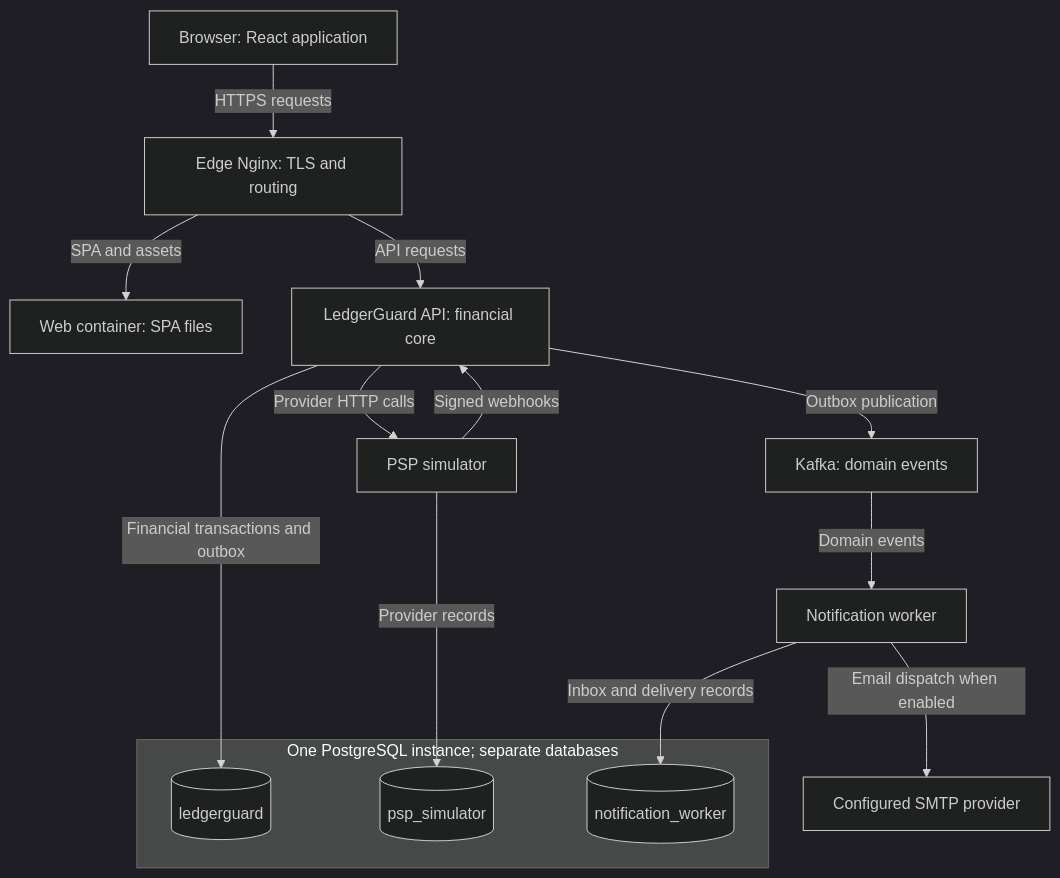
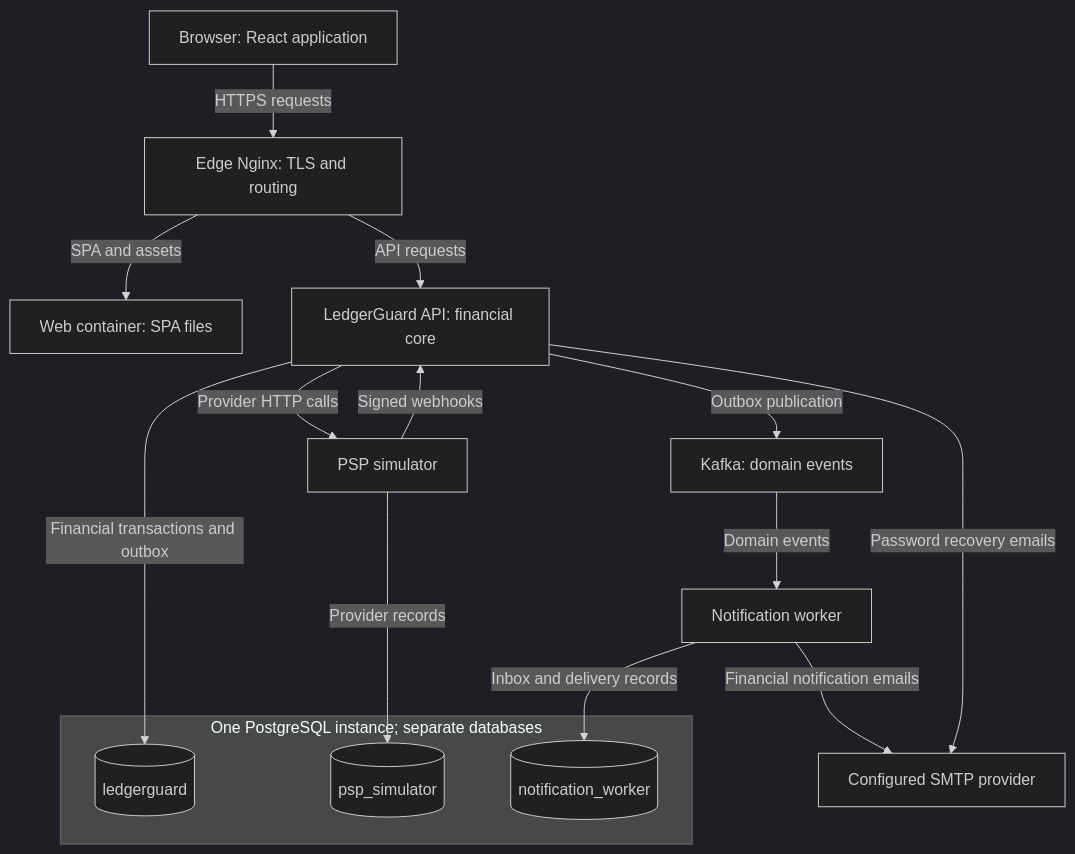
The first of 5 diagrams in README.md (manishjangid1499-cell/ledgerguard), drawn with Mermaid (dark theme) before and after one commit. The commit also changed other lines of this file and 1 other file, not shown here.

Commit message:
docs: explain cloud deployment and clarify architecture

````diff
--- a/README.md
+++ b/README.md
@@ -135,27 +137,28 @@
 ```mermaid
 flowchart TD
     Browser["Browser: React application"]
     Edge["Edge Nginx: TLS and routing"]
     Web["Web container: SPA files"]
     API["LedgerGuard API: financial core"]
     PSP["PSP simulator"]
     Kafka["Kafka: domain events"]
     Worker["Notification worker"]
     SMTP["Configured SMTP provider"]
     subgraph PostgreSQL["One PostgreSQL instance; separate databases"]
         LedgerDB[("ledgerguard")]
         PSPDB[("psp_simulator")]
         NotificationDB[("notification_worker")]
     end
     Browser -->|HTTPS requests| Edge
     Edge -->|SPA and assets| Web
     Edge -->|API requests| API
     API -->|Financial transactions and outbox| LedgerDB
     API -->|Provider HTTP calls| PSP
     PSP -->|Signed webhooks| API
     PSP -->|Provider records| PSPDB
     API -->|Outbox publication| Kafka
     Kafka -->|Domain events| Worker
     Worker -->|Inbox and delivery records| NotificationDB
-    Worker -->|Email dispatch when enabled| SMTP
+    Worker -->|Financial notification emails| SMTP
+    API -->|Password recovery emails| SMTP
 ```
````
